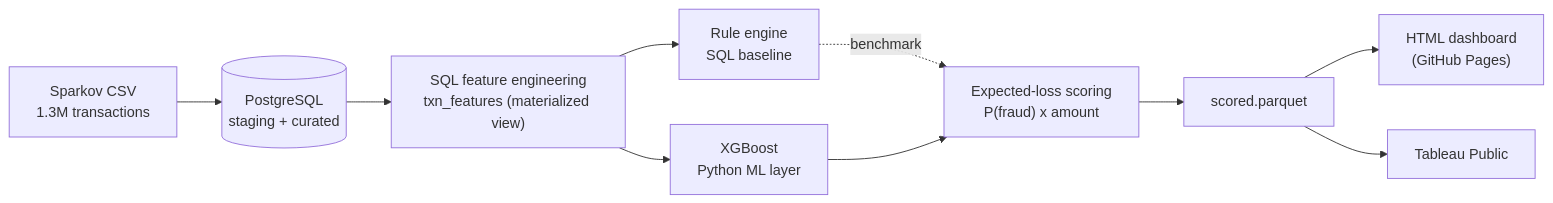
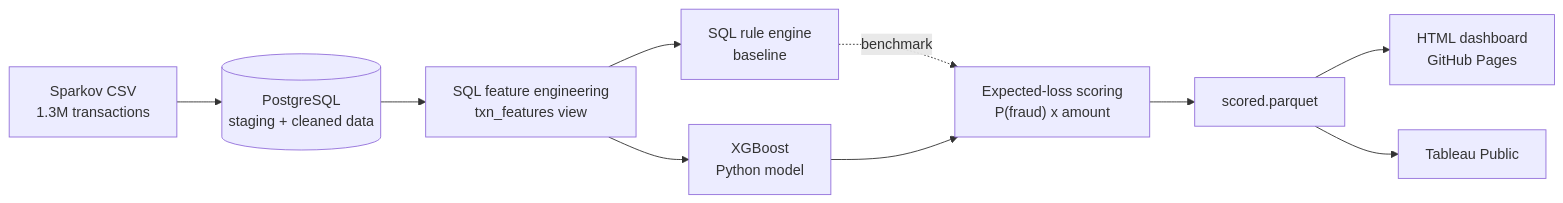
One commit to Nihira11/fraud-risk-intelligence-platform changed the diagram in README.md. Above: the diagram before and after it, drawn with Mermaid. The commit also changed other lines of this file, not shown here.

````diff
--- a/README.md
+++ b/README.md
@@ -69,12 +126,12 @@
 ```mermaid
 flowchart LR
-    A["Sparkov CSV<br/>1.3M transactions"] --> B[("PostgreSQL<br/>staging + curated")]
-    B --> C["SQL feature engineering<br/>txn_features (materialized view)"]
-    C --> D["Rule engine<br/>SQL baseline"]
-    C --> E["XGBoost<br/>Python ML layer"]
+    A["Sparkov CSV<br/>1.3M transactions"] --> B[("PostgreSQL<br/>staging + cleaned data")]
+    B --> C["SQL feature engineering<br/>txn_features view"]
+    C --> D["SQL rule engine<br/>baseline"]
+    C --> E["XGBoost<br/>Python model"]
     D -. benchmark .-> F["Expected-loss scoring<br/>P(fraud) x amount"]
     E --> F
     F --> G["scored.parquet"]
-    G --> H["HTML dashboard<br/>(GitHub Pages)"]
+    G --> H["HTML dashboard<br/>GitHub Pages"]
     G --> I["Tableau Public"]
 ```
````
